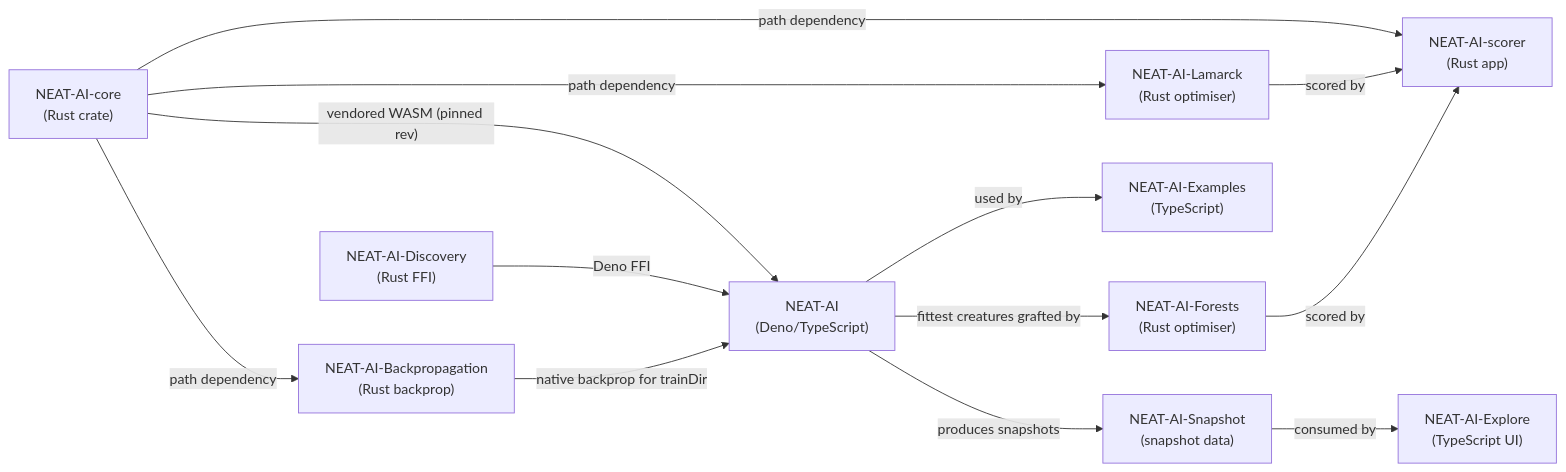
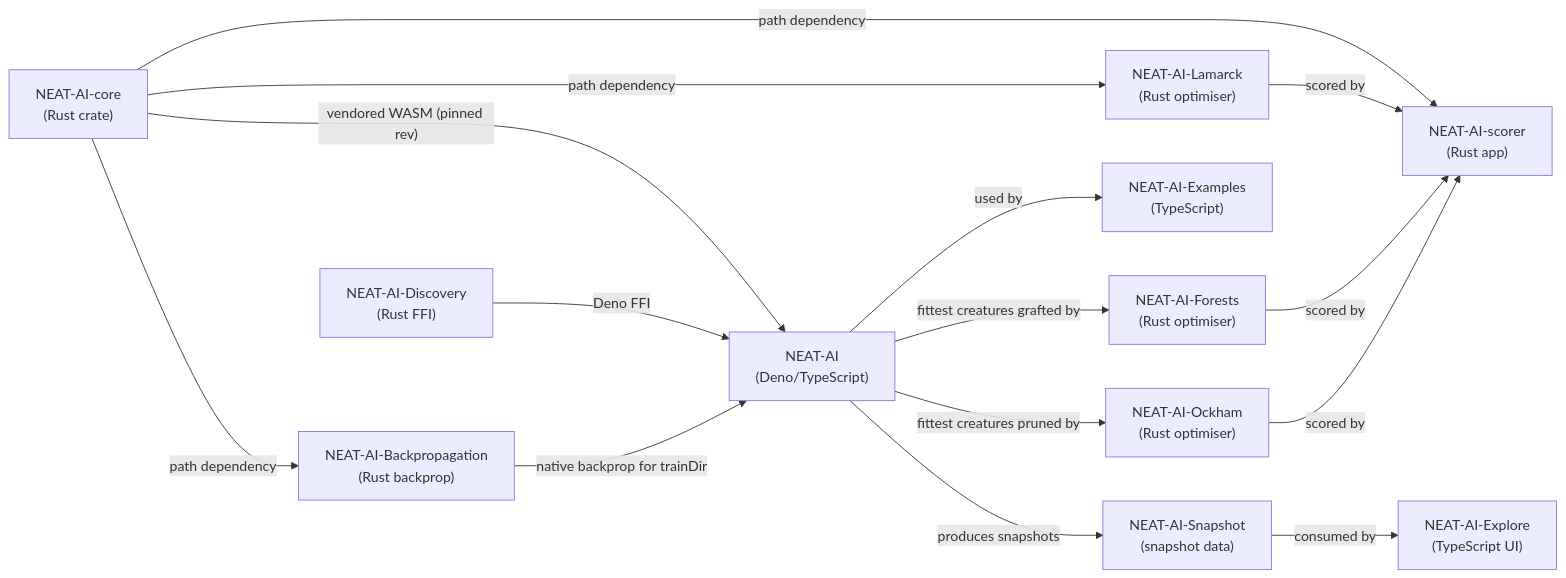
One commit to stSoftwareAU/NEAT-AI changed the third of 3 diagrams in README.md. Above: the diagram before and after it, drawn with Mermaid. The commit also changed other lines of this file, not shown here.

Commit message:
Add NEAT-AI-Ockham to the family inventory.
The gallery already showed the Ockham preview, so the Related Repositories
table and dependency graph must list it too.

````diff
--- a/README.md
+++ b/README.md
@@ -319,26 +320,29 @@
 ```mermaid
 flowchart LR
   core["NEAT-AI-core<br/>(Rust crate)"]
   discovery["NEAT-AI-Discovery<br/>(Rust FFI)"]
   neat["NEAT-AI<br/>(Deno/TypeScript)"]
   snapshot["NEAT-AI-Snapshot<br/>(snapshot data)"]
   scorer["NEAT-AI-scorer<br/>(Rust app)"]
   backprop["NEAT-AI-Backpropagation<br/>(Rust backprop)"]
   lamarck["NEAT-AI-Lamarck<br/>(Rust optimiser)"]
   explore["NEAT-AI-Explore<br/>(TypeScript UI)"]
   examples["NEAT-AI-Examples<br/>(TypeScript)"]
   forests["NEAT-AI-Forests<br/>(Rust optimiser)"]
+  ockham["NEAT-AI-Ockham<br/>(Rust optimiser)"]
 
   core -- "vendored WASM (pinned rev)" --> neat
   core -- "path dependency" --> scorer
   core -- "path dependency" --> backprop
   core -- "path dependency" --> lamarck
   discovery -- "Deno FFI" --> neat
   backprop -- "native backprop for trainDir" --> neat
   lamarck -- "scored by" --> scorer
   neat -- "fittest creatures grafted by" --> forests
   forests -- "scored by" --> scorer
+  neat -- "fittest creatures pruned by" --> ockham
+  ockham -- "scored by" --> scorer
   neat -- "produces snapshots" --> snapshot
   snapshot -- "consumed by" --> explore
   neat -- "used by" --> examples
 ```
````
